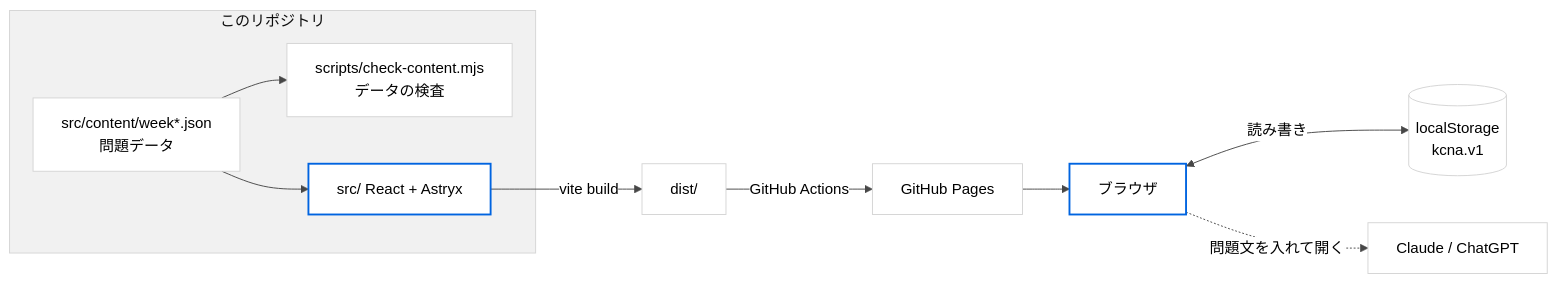
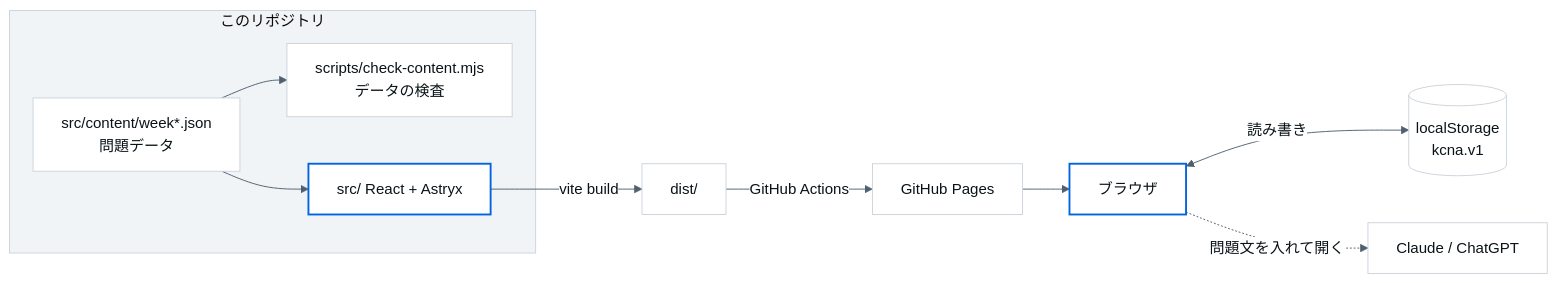
One commit to maco165/kcna-dojo changed the first of 2 diagrams in README.md. Above: the diagram before and after it, drawn with Mermaid. The commit also changed other lines of this file and 7 other files, not shown here.

First line of the commit message:
README の画像と図の色を新しい見た目に合わせる

````diff
--- a/README.md
+++ b/README.md
@@ -35,18 +35,18 @@
 ```mermaid
-%%{init: {'theme': 'base', 'themeVariables': {'fontFamily': 'Figtree, -apple-system, Segoe UI, sans-serif', 'primaryColor': '#ffffff', 'primaryTextColor': '#000000', 'primaryBorderColor': '#d4d4d4', 'lineColor': '#474747', 'clusterBkg': '#f1f1f1', 'clusterBorder': '#d4d4d4', 'tertiaryColor': '#f1f1f1'}}}%%
+%%{init: {'theme': 'base', 'themeVariables': {'fontFamily': '-apple-system, Segoe UI, Roboto, sans-serif', 'primaryColor': '#FFFFFF', 'primaryTextColor': '#0A1317', 'primaryBorderColor': '#CCD3DB', 'lineColor': '#4E606F', 'clusterBkg': '#F1F4F7', 'clusterBorder': '#CCD3DB', 'tertiaryColor': '#F1F4F7'}}}%%
 flowchart LR
   subgraph repo[このリポジトリ]
     json[src/content/week*.json<br/>問題データ]
     check[scripts/check-content.mjs<br/>データの検査]
     app[src/ React + Astryx]
   end
   json --> check
   json --> app
   app -->|vite build| dist[dist/]
   dist -->|GitHub Actions| pages[GitHub Pages]
   pages --> browser[ブラウザ]
   browser <-->|読み書き| ls[(localStorage<br/>kcna.v1)]
   browser -.->|問題文を入れて開く| ai[Claude / ChatGPT]
   classDef accent stroke:#0064E0,stroke-width:2px;
   class app,browser accent;
 ```
````
